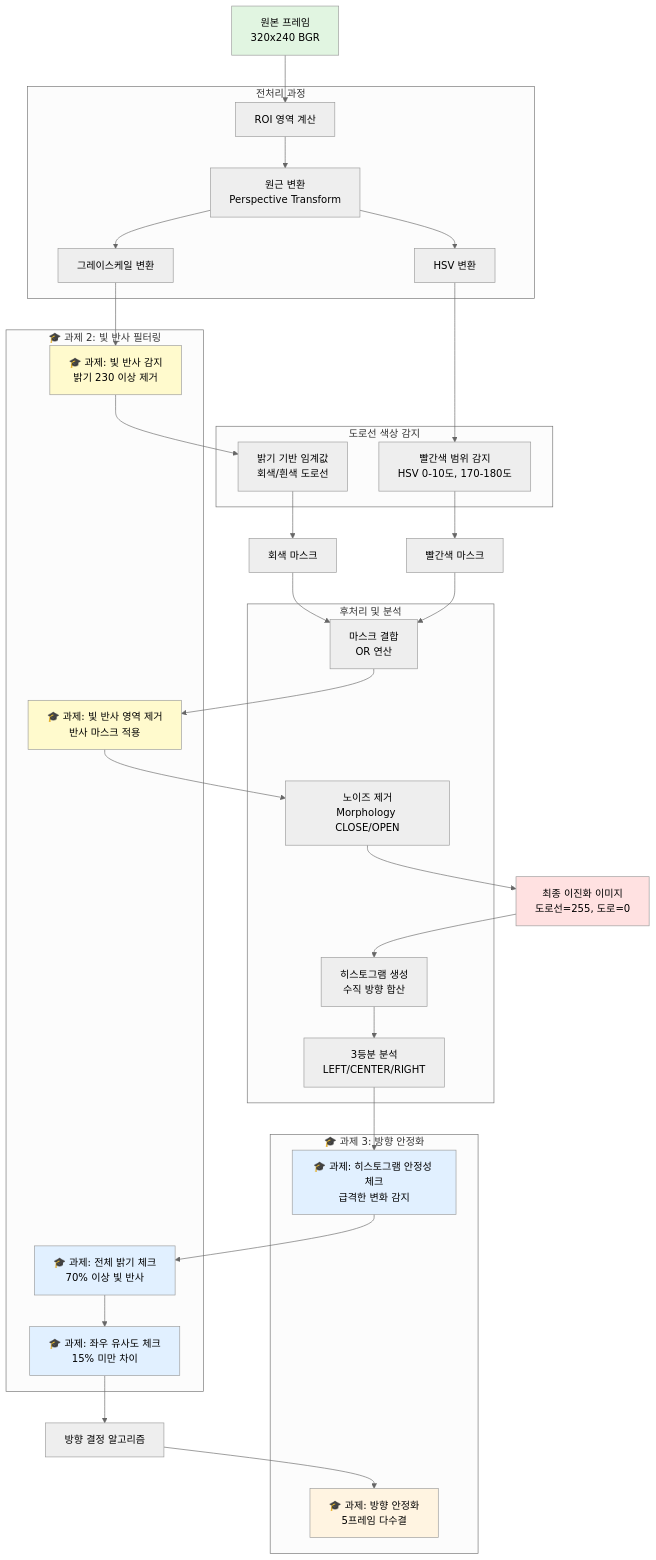
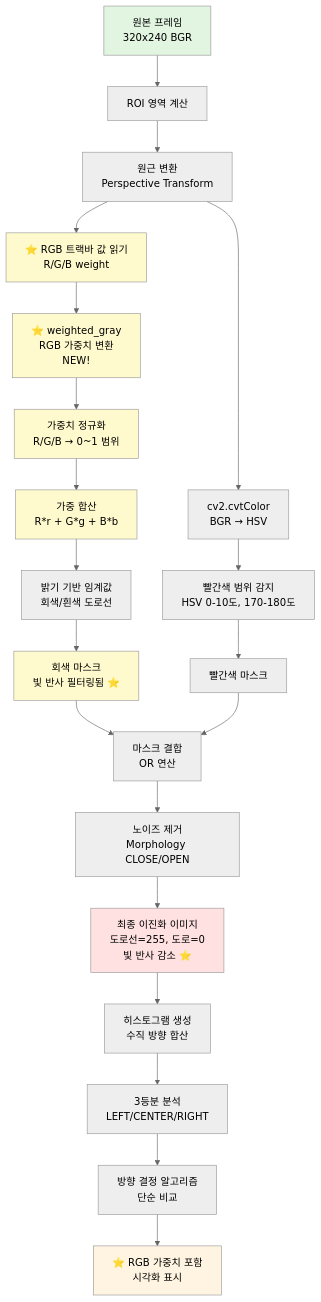
One commit to Collegenie-X/Raspbot-v2-self-driving-car changed the fifth of 12 diagrams in 03_self_driving/AUTOPLOT_SYSTEM_ANALYSIS.md. Above: the diagram before and after it, drawn with Mermaid (neutral theme). The commit also changed other lines of this file and 5 other files, not shown here.

````diff
--- a/03_self_driving/AUTOPLOT_SYSTEM_ANALYSIS.md
+++ b/03_self_driving/AUTOPLOT_SYSTEM_ANALYSIS.md
@@ -286,70 +333,39 @@
 ```mermaid
 flowchart TD
     A[원본 프레임<br/>320x240 BGR] --> B[ROI 영역 계산]
     B --> C[원근 변환<br/>Perspective Transform]
-    C --> D[그레이스케일 변환]
-    C --> E[HSV 변환]
+    C --> C1[⭐ RGB 트랙바 값 읽기<br/>R/G/B weight]
+    C1 --> D[⭐ weighted_gray<br/>RGB 가중치 변환<br/>NEW!]
+    C --> E[cv2.cvtColor<br/>BGR → HSV]
     
-    D --> D1[🎓 과제: 빛 반사 감지<br/>밝기 230 이상 제거]
-    D1 --> F[밝기 기반 임계값<br/>회색/흰색 도로선]
+    D --> D1[가중치 정규화<br/>R/G/B → 0~1 범위]
+    D1 --> D2[가중 합산<br/>R*r + G*g + B*b]
+    D2 --> F[밝기 기반 임계값<br/>회색/흰색 도로선]
+    
     E --> G[빨간색 범위 감지<br/>HSV 0-10도, 170-180도]
     
-    F --> H[회색 마스크]
+    F --> H[회색 마스크<br/>빛 반사 필터링됨 ⭐]
     G --> I[빨간색 마스크]
     
     H --> J[마스크 결합<br/>OR 연산]
     I --> J
     
-    J --> J1[🎓 과제: 빛 반사 영역 제거<br/>반사 마스크 적용]
-    J1 --> K[노이즈 제거<br/>Morphology CLOSE/OPEN]
-    K --> L[최종 이진화 이미지<br/>도로선=255, 도로=0]
+    J --> K[노이즈 제거<br/>Morphology CLOSE/OPEN]
+    K --> L[최종 이진화 이미지<br/>도로선=255, 도로=0<br/>빛 반사 감소 ⭐]
     
     L --> M[히스토그램 생성<br/>수직 방향 합산]
     M --> N[3등분 분석<br/>LEFT/CENTER/RIGHT]
     
-    N --> N1[🎓 과제: 히스토그램 안정성 체크<br/>급격한 변화 감지]
-    N1 --> N2[🎓 과제: 전체 밝기 체크<br/>70% 이상 빛 반사]
-    N2 --> N3[🎓 과제: 좌우 유사도 체크<br/>15% 미만 차이]
-    N3 --> O[방향 결정 알고리즘]
-    O --> O1[🎓 과제: 방향 안정화<br/>5프레임 다수결]
+    N --> O[방향 결정 알고리즘<br/>단순 비교]
+    
+    O --> P[⭐ RGB 가중치 포함<br/>시각화 표시]
     
     style A fill:#e1f5e1
+    style C1 fill:#fffacd
+    style D fill:#fffacd
+    style D1 fill:#fffacd
+    style D2 fill:#fffacd
+    style H fill:#fffacd
     style L fill:#ffe1e1
-    style O1 fill:#fff4e1
-    style D1 fill:#fffacd
-    style J1 fill:#fffacd
-    style N1 fill:#e1f0ff
-    style N2 fill:#e1f0ff
-    style N3 fill:#e1f0ff
-    
-    subgraph 과제2[🎓 과제 2: 빛 반사 필터링]
-        D1
-        J1
-        N2
-        N3
-    end
-    
-    subgraph 색상감지[도로선 색상 감지]
-        F
-        G
-    end
-    
-    subgraph 전처리[전처리 과정]
-        B
-        C
-        D
-        E
-    end
-    
-    subgraph 후처리[후처리 및 분석]
-        J
-        K
-        M
-        N
-    end
-    
-    subgraph 과제3[🎓 과제 3: 방향 안정화]
-        N1
-        O1
-    end
+    style P fill:#fff4e1
 ```
````
